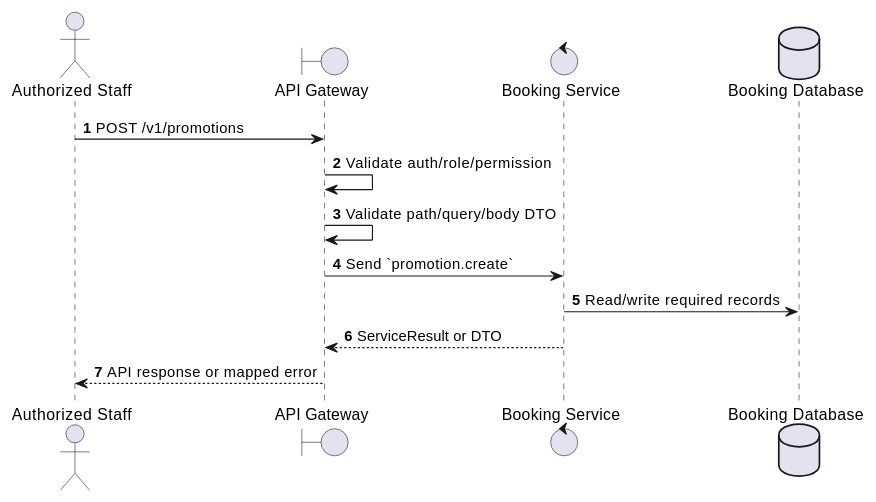
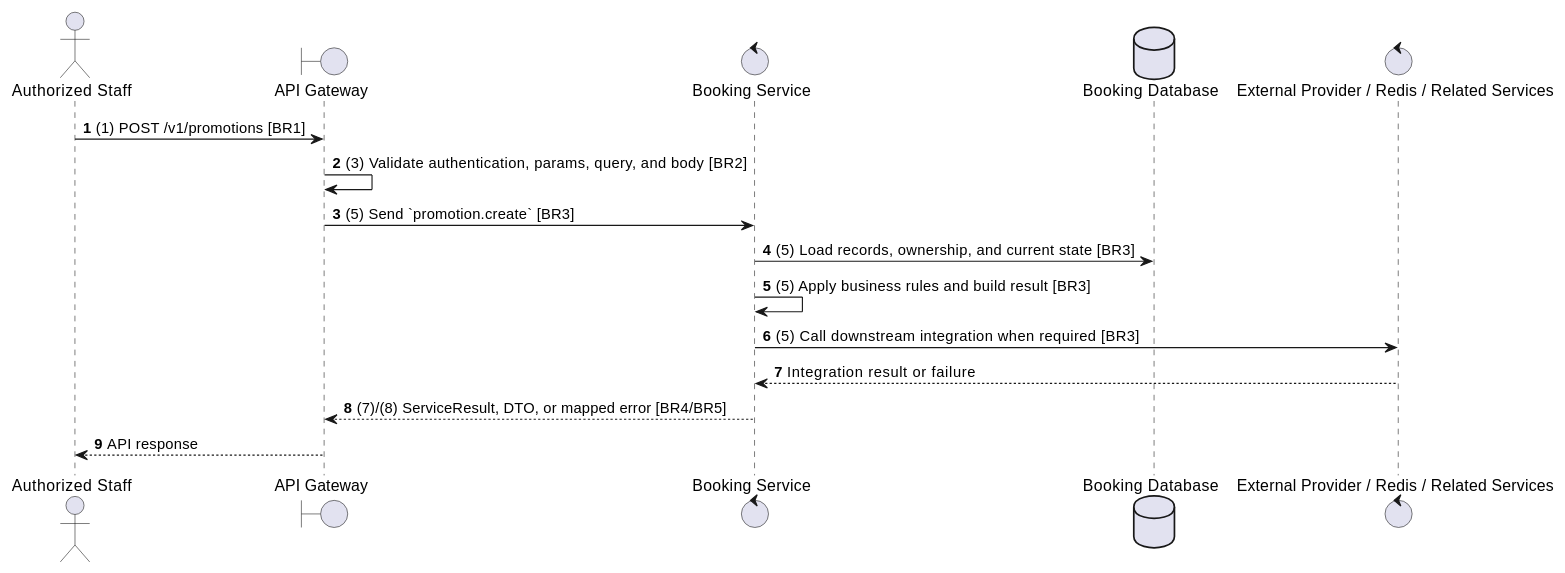
Before and after one commit to Tanh1603/movie-hub-architecture: the second of 2 diagrams in docs/functional_specs/3.10_Promotions_Discounts_Module/PM-05_Create_Promotion.md, drawn with PlantUML. The commit also changed other lines of this file and 129 other files, not shown here.

````diff
--- a/docs/functional_specs/3.10_Promotions_Discounts_Module/PM-05_Create_Promotion.md
+++ b/docs/functional_specs/3.10_Promotions_Discounts_Module/PM-05_Create_Promotion.md
@@ -17,17 +64,20 @@
 ```plantuml
 @startuml
 autonumber
 actor "Authorized Staff" as Actor
 boundary "API Gateway" as GW
 control "Booking Service" as SVC
 database "Booking Database" as DB
+control "External Provider / Redis / Related Services" as EXT
 
-Actor -> GW: POST /v1/promotions
-GW -> GW: Validate auth/role/permission
-GW -> GW: Validate path/query/body DTO
-GW -> SVC: Send `promotion.create`
-SVC -> DB: Read/write required records
-SVC --> GW: ServiceResult or DTO
-GW --> Actor: API response or mapped error
+Actor -> GW: (1) POST /v1/promotions [BR1]
+GW -> GW: (3) Validate authentication, params, query, and body [BR2]
+GW -> SVC: (5) Send `promotion.create` [BR3]
+SVC -> DB: (5) Load records, ownership, and current state [BR3]
+SVC -> SVC: (5) Apply business rules and build result [BR3]
+SVC -> EXT: (5) Call downstream integration when required [BR3]
+EXT --> SVC: Integration result or failure
+SVC --> GW: (7)/(8) ServiceResult, DTO, or mapped error [BR4/BR5]
+GW --> Actor: API response
 @enduml
 ```
````
